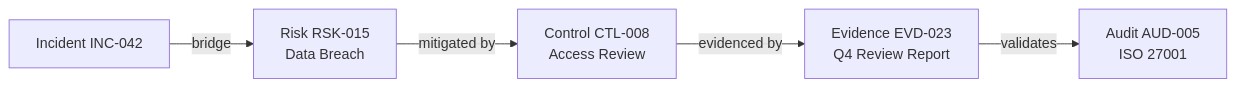
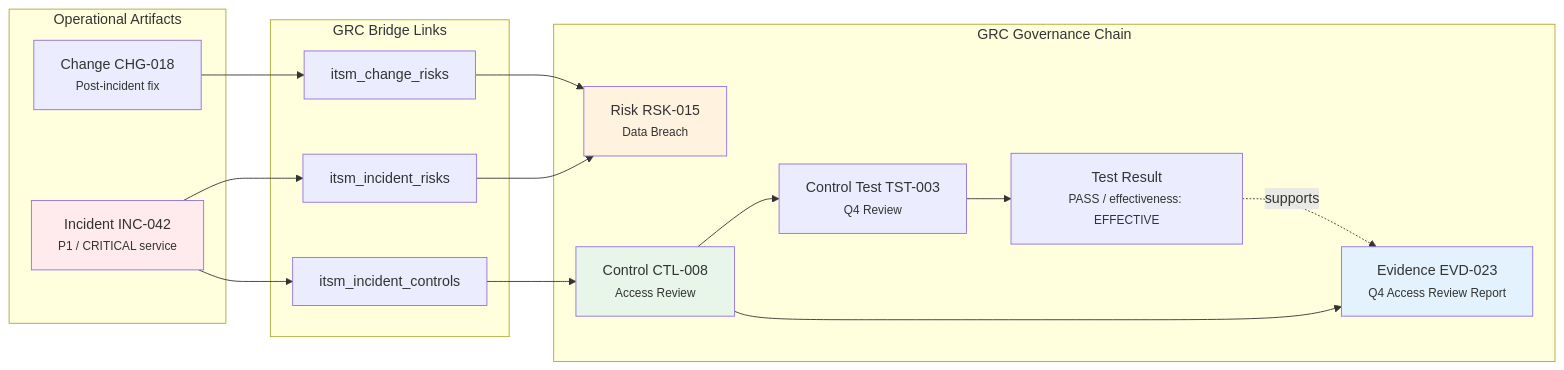
Before and after one commit to Gokhanagingil/grc: the eighth of 9 diagrams in docs/suite/05_ITSM_GRC_BRIDGES.md, drawn with Mermaid. The commit also changed other lines of this file, not shown here.

First line of the commit message:
docs: finalize ITSM-GRC Bridges guide (05_BRIDGES.md) with full evidence index

````diff
--- a/docs/suite/05_ITSM_GRC_BRIDGES.md
+++ b/docs/suite/05_ITSM_GRC_BRIDGES.md
@@ -296,7 +585,33 @@
 ```mermaid
 graph LR
-    INC[Incident INC-042] -->|bridge| RISK[Risk RSK-015<br/>Data Breach]
-    RISK -->|mitigated by| CTRL[Control CTL-008<br/>Access Review]
-    CTRL -->|evidenced by| EVID[Evidence EVD-023<br/>Q4 Review Report]
-    EVID -->|validates| AUDIT[Audit AUD-005<br/>ISO 27001]
+    subgraph "Operational Artifacts"
+        INC["Incident INC-042<br/><small>P1 / CRITICAL service</small>"]
+        CHG["Change CHG-018<br/><small>Post-incident fix</small>"]
+    end
+
+    subgraph "GRC Bridge Links"
+        IR["itsm_incident_risks"]
+        IC["itsm_incident_controls"]
+        CR["itsm_change_risks"]
+    end
+
+    subgraph "GRC Governance Chain"
+        RISK["Risk RSK-015<br/><small>Data Breach</small>"]
+        CTRL["Control CTL-008<br/><small>Access Review</small>"]
+        TEST["Control Test TST-003<br/><small>Q4 Review</small>"]
+        RESULT["Test Result<br/><small>PASS / effectiveness: EFFECTIVE</small>"]
+        EVID["Evidence EVD-023<br/><small>Q4 Access Review Report</small>"]
+    end
+
+    INC --> IR --> RISK
+    INC --> IC --> CTRL
+    CHG --> CR --> RISK
+    CTRL --> TEST --> RESULT
+    CTRL --> EVID
+    RESULT -.->|supports| EVID
+
+    style INC fill:#ffebee
+    style RISK fill:#fff3e0
+    style CTRL fill:#e8f5e9
+    style EVID fill:#e3f2fd
 ```
````
